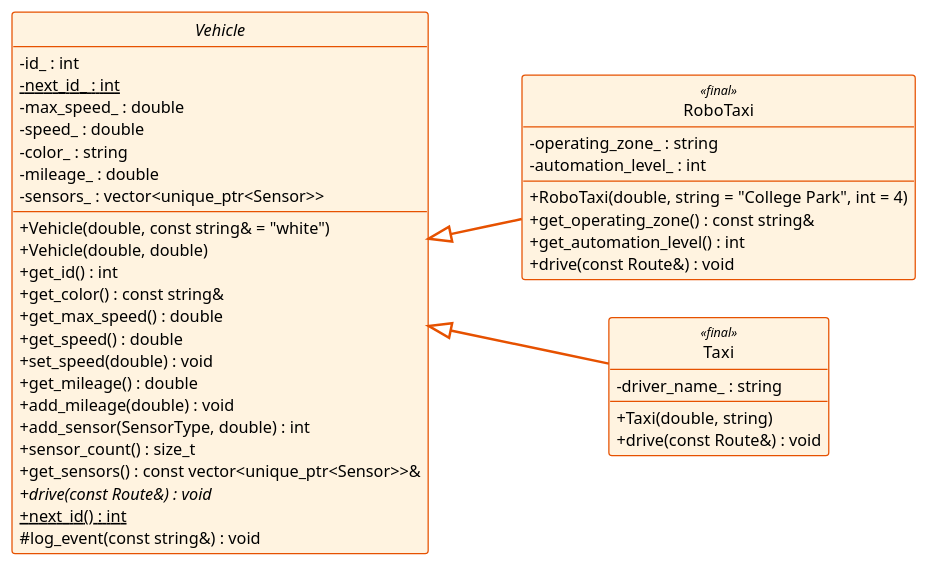
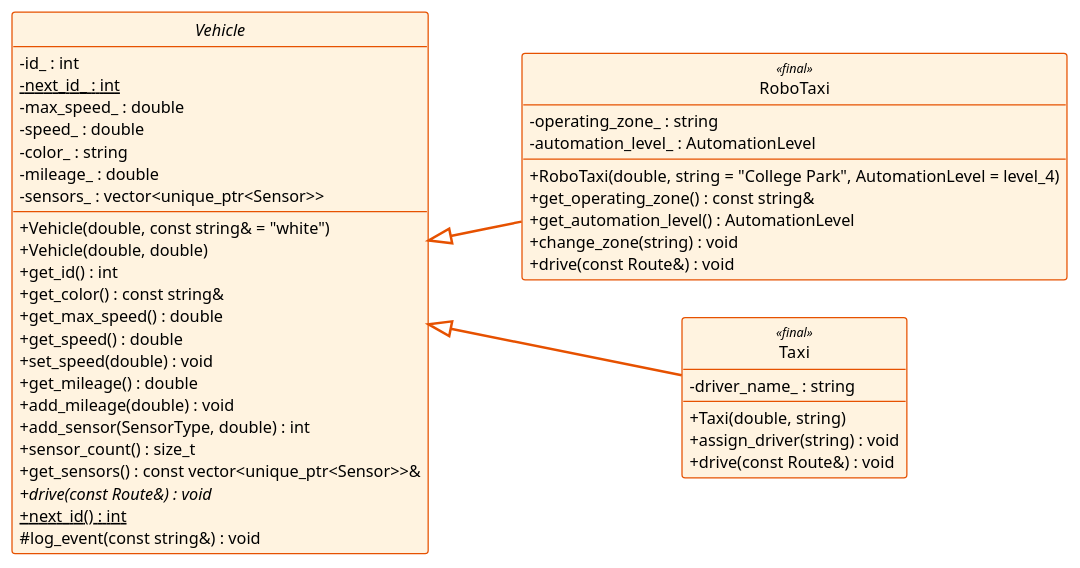
Before and after one commit to zeidk/enpm702-fall-2026-cpp: the diagram in project/week9/uml/model_l9_inheritance_members.plantuml, drawn with PlantUML. The commit also changed 33 other files, not shown here.

First line of the commit message:
week9: assign_driver, change_zone, AutomationLevel, step comments, new slide numbers

```diff
--- a/project/week9/uml/model_l9_inheritance_members.plantuml
+++ b/project/week9/uml/model_l9_inheritance_members.plantuml
@@ -1,58 +1,60 @@
 @startuml model_l9_inheritance_members
 ' Generated for the slides.
 !theme mono
 skinparam backgroundColor white
 skinparam defaultFontName "Fira Sans"
 skinparam defaultFontSize 13
 skinparam shadowing false
 skinparam classAttributeIconSize 0
 skinparam nodesep 30
 skinparam ranksep 75
 skinparam ArrowThickness 1.5
 hide circle
 hide empty members
 
 
 left to right direction
 
 abstract class Vehicle #back:FFF3E0;line:E65100;text:000000 {
   - id_ : int
   - {static} next_id_ : int
   - max_speed_ : double
   - speed_ : double
   - color_ : string
   - mileage_ : double
   - sensors_ : vector<unique_ptr<Sensor>>
   + Vehicle(double, const string& = "white")
   + Vehicle(double, double)
   + get_id() : int
   + get_color() : const string&
   + get_max_speed() : double
   + get_speed() : double
   + set_speed(double) : void
   + get_mileage() : double
   + add_mileage(double) : void
   + add_sensor(SensorType, double) : int
   + sensor_count() : size_t
   + get_sensors() : const vector<unique_ptr<Sensor>>&
   + {abstract} drive(const Route&) : void
   + {static} next_id() : int
   # log_event(const string&) : void
 }
 class RoboTaxi <<final>> #back:FFF3E0;line:E65100;text:000000 {
   - operating_zone_ : string
-  - automation_level_ : int
-  + RoboTaxi(double, string = "College Park", int = 4)
+  - automation_level_ : AutomationLevel
+  + RoboTaxi(double, string = "College Park", AutomationLevel = level_4)
   + get_operating_zone() : const string&
-  + get_automation_level() : int
+  + get_automation_level() : AutomationLevel
+  + change_zone(string) : void
   + drive(const Route&) : void
 }
 class Taxi <<final>> #back:FFF3E0;line:E65100;text:000000 {
   - driver_name_ : string
   + Taxi(double, string)
+  + assign_driver(string) : void
   + drive(const Route&) : void
 }
 
 Vehicle <|-[#E65100,thickness=2]- RoboTaxi
 Vehicle <|-[#E65100,thickness=2]- Taxi
 @enduml
```
